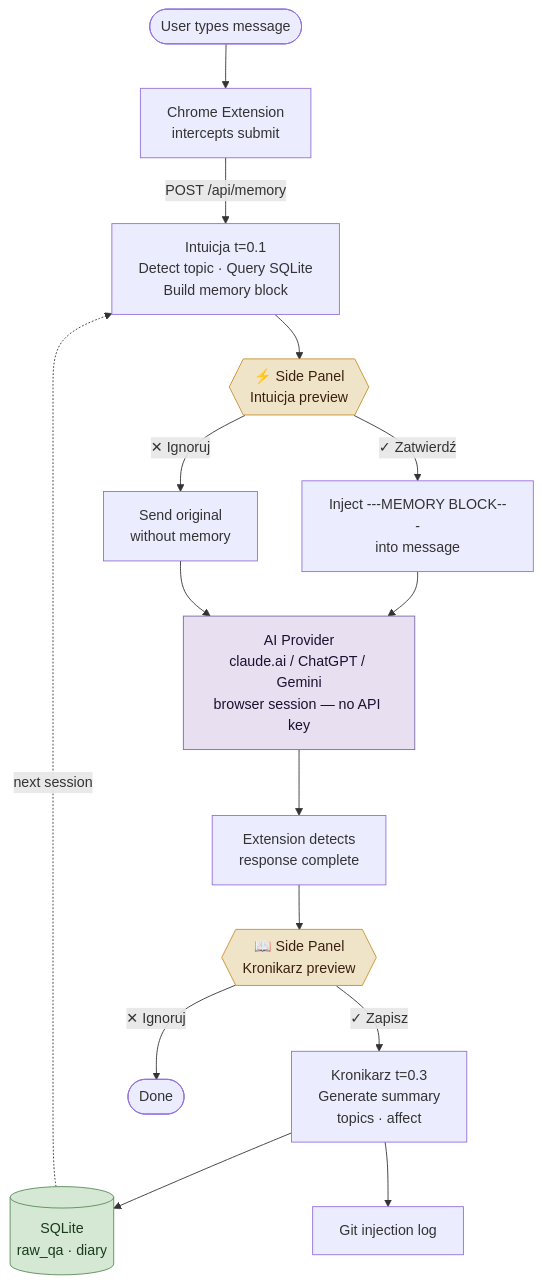
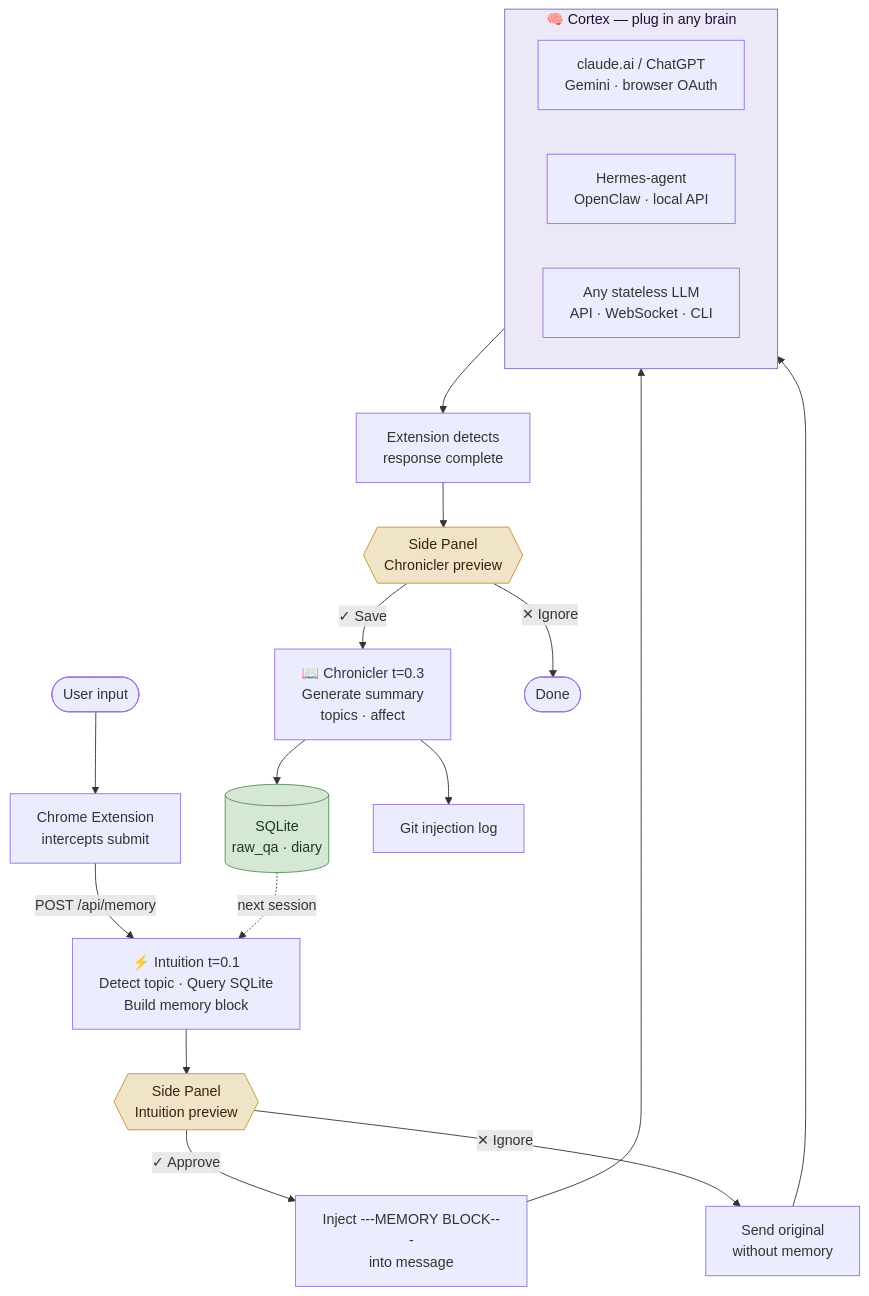
The diagram in README.md (lunara69-ctrl/pneuma-memory), drawn with Mermaid before and after one commit.

Commit message:
Rename Intuicja→Intuition, Kronikarz→Chronicler, add Cortex as pluggable brain node

````diff
--- a/README.md
+++ b/README.md
@@ -31,36 +31,41 @@
 ```mermaid
 flowchart TD
-    U([User types message]) --> INTERCEPT
-    INTERCEPT["Chrome Extension\nintercepts submit"] -->|POST /api/memory| INTUICJA
+    U([User input]) --> INTERCEPT
+    INTERCEPT["Chrome Extension\nintercepts submit"] -->|POST /api/memory| INTUITION
 
-    INTUICJA["Intuicja t=0.1\nDetect topic · Query SQLite\nBuild memory block"]
+    INTUITION["⚡ Intuition  t=0.1\nDetect topic · Query SQLite\nBuild memory block"]
 
-    INTUICJA --> DEC1
+    INTUITION --> DEC1
 
-    DEC1{{"⚡ Side Panel\nIntuicja preview"}}
-    DEC1 -->|✓ Zatwierdź| INJ["Inject ---MEMORY BLOCK---\ninto message"]
-    DEC1 -->|✕ Ignoruj| SEND2["Send original\nwithout memory"]
+    DEC1{{"Side Panel\nIntuition preview"}}
+    DEC1 -->|✓ Approve| INJ["Inject ---MEMORY BLOCK---\ninto message"]
+    DEC1 -->|✕ Ignore| SEND2["Send original\nwithout memory"]
 
-    INJ --> AI
-    SEND2 --> AI
+    INJ --> CORTEX
+    SEND2 --> CORTEX
 
-    AI["AI Provider\nclaude.ai / ChatGPT / Gemini\nbrowser session — no API key"]
+    subgraph CORTEX["🧠 Cortex  — plug in any brain"]
+        direction LR
+        B1["claude.ai / ChatGPT\nGemini · browser OAuth"]
+        B2["Hermes-agent\nOpenClaw · local API"]
+        B3["Any stateless LLM\nAPI · WebSocket · CLI"]
+    end
 
-    AI --> DETECT["Extension detects\nresponse complete"]
+    CORTEX --> DETECT["Extension detects\nresponse complete"]
     DETECT --> DEC2
 
-    DEC2{{"📖 Side Panel\nKronikarz preview"}}
-    DEC2 -->|✓ Zapisz| KRONIKARZ
-    DEC2 -->|✕ Ignoruj| DONE([Done])
+    DEC2{{"Side Panel\nChronicler preview"}}
+    DEC2 -->|✓ Save| CHRONICLER
+    DEC2 -->|✕ Ignore| DONE([Done])
 
-    KRONIKARZ["Kronikarz t=0.3\nGenerate summary\ntopics · affect"]
-    KRONIKARZ --> DB[("SQLite\nraw_qa · diary")]
-    KRONIKARZ --> GIT["Git injection log"]
+    CHRONICLER["📖 Chronicler  t=0.3\nGenerate summary\ntopics · affect"]
+    CHRONICLER --> DB[("SQLite\nraw_qa · diary")]
+    CHRONICLER --> GIT["Git injection log"]
 
-    DB -.->|next session| INTUICJA
+    DB -.->|next session| INTUITION
 
     style DEC1 fill:#f0e4c8,stroke:#c8902a,color:#3a2010
     style DEC2 fill:#f0e4c8,stroke:#c8902a,color:#3a2010
     style DB fill:#d4e8d4,stroke:#5a8a5a,color:#1a3a1a
-    style AI fill:#e8e0f0,stroke:#7a6aaa,color:#1a1030
+    style CORTEX fill:#ede8f8,stroke:#7a6aaa,color:#1a1030
 ```
````
